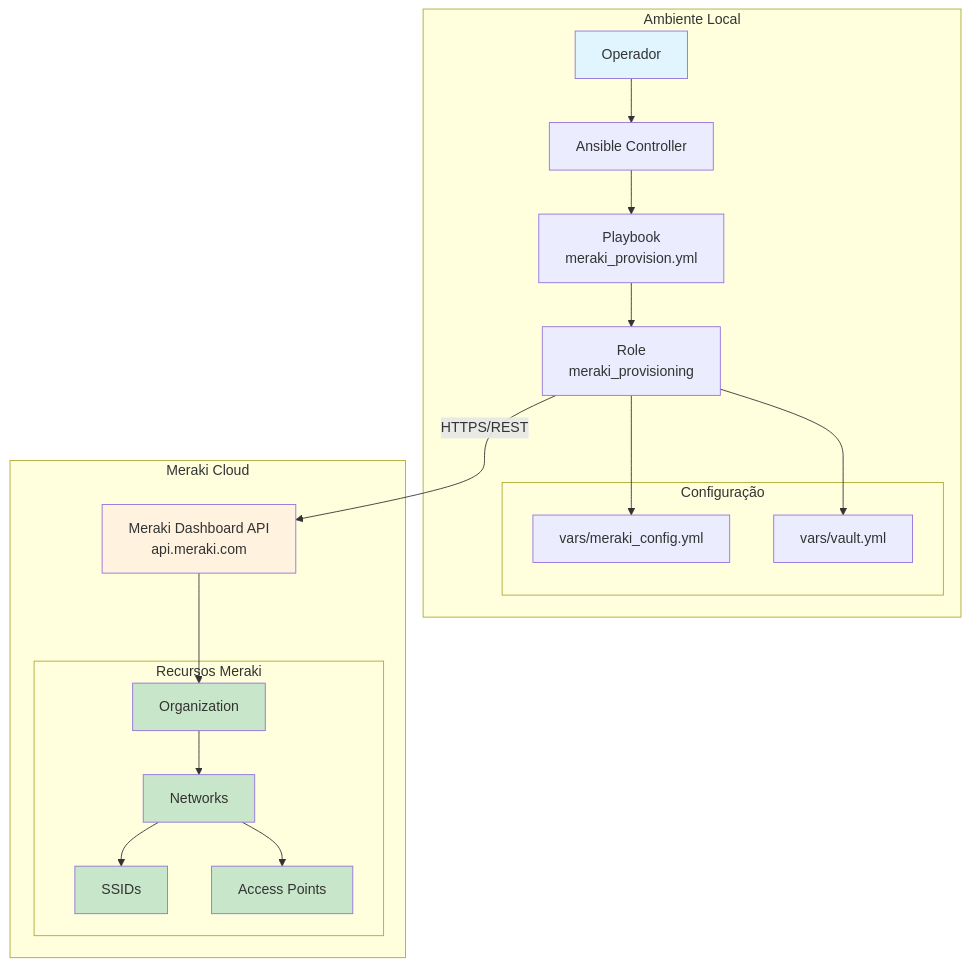
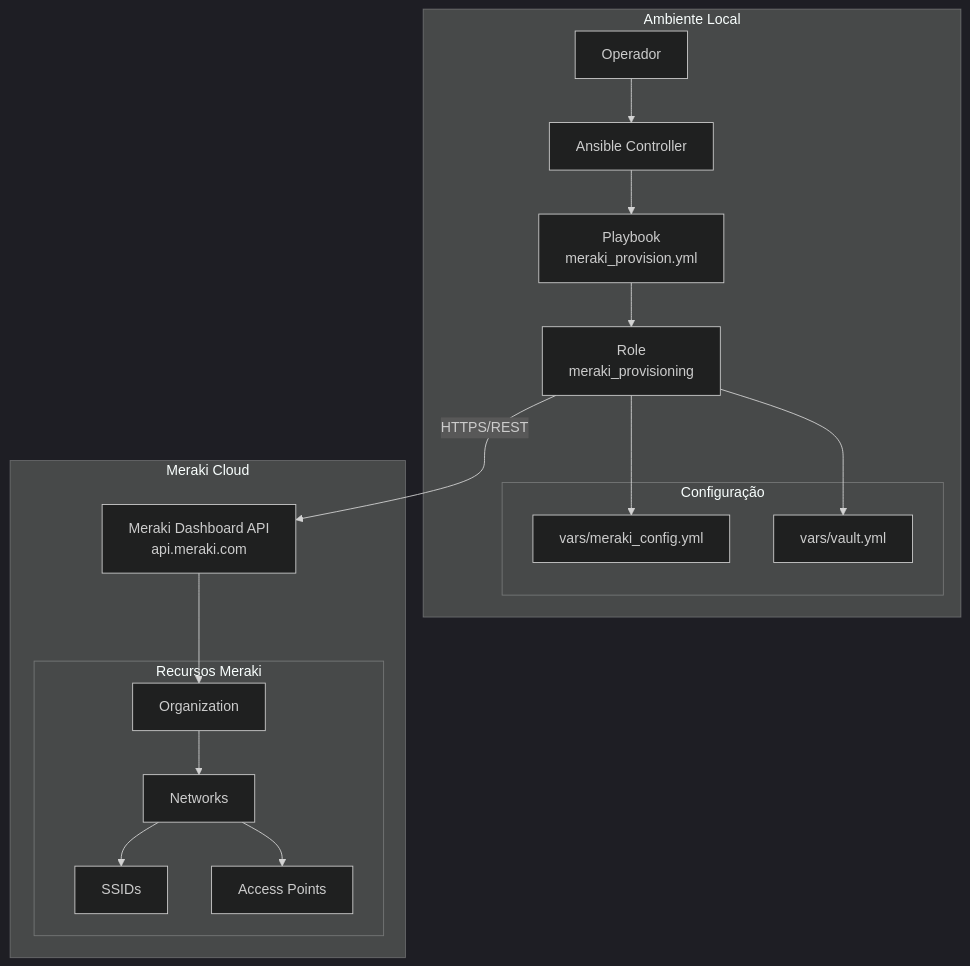
The second of 13 diagrams in docs/system-modeling.md (rodrigo-freitas-com/meraki-ansible), drawn with Mermaid before and after one commit. The commit also changed other lines of this file and 2 other files, not shown here.

````diff
--- a/docs/system-modeling.md
+++ b/docs/system-modeling.md
@@ -73,41 +74,35 @@
 ```mermaid
+%%{init: {'theme': 'dark'}}%%
 graph TB
     subgraph "Ambiente Local"
         A[Operador] --> B[Ansible Controller]
         B --> C[Playbook<br/>meraki_provision.yml]
         C --> D[Role<br/>meraki_provisioning]
 
         subgraph "Configuração"
             E[vars/meraki_config.yml]
             F[vars/vault.yml]
         end
 
         D --> E
         D --> F
     end
 
     subgraph "Meraki Cloud"
         G[Meraki Dashboard API<br/>api.meraki.com]
 
         subgraph "Recursos Meraki"
             H[Organization]
             I[Networks]
             J[SSIDs]
             K[Access Points]
         end
 
         G --> H
         H --> I
         I --> J
         I --> K
     end
 
     D -->|HTTPS/REST| G
-
-    style A fill:#e1f5fe
-    style G fill:#fff3e0
-    style H fill:#c8e6c9
-    style I fill:#c8e6c9
-    style J fill:#c8e6c9
-    style K fill:#c8e6c9
 ```
````
